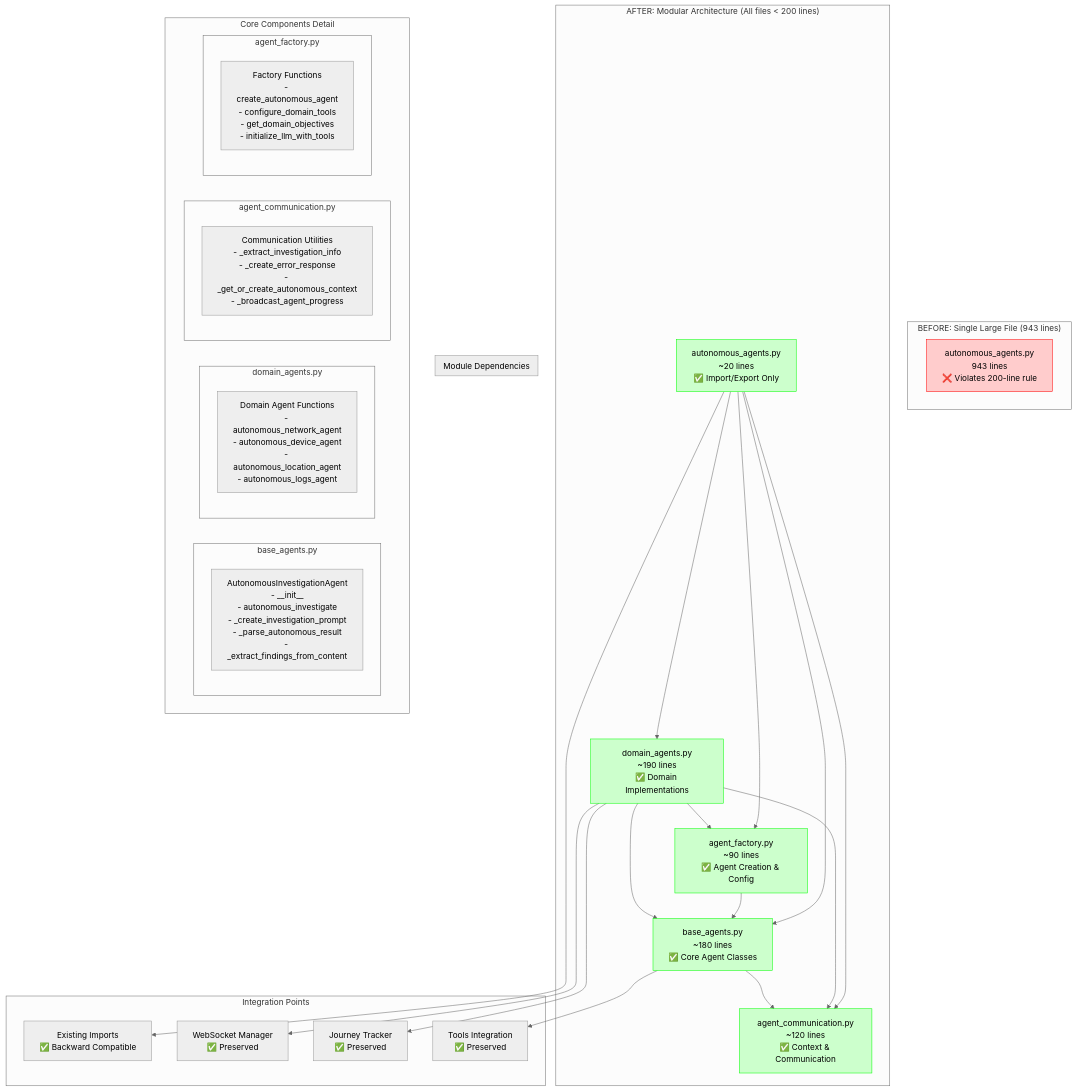
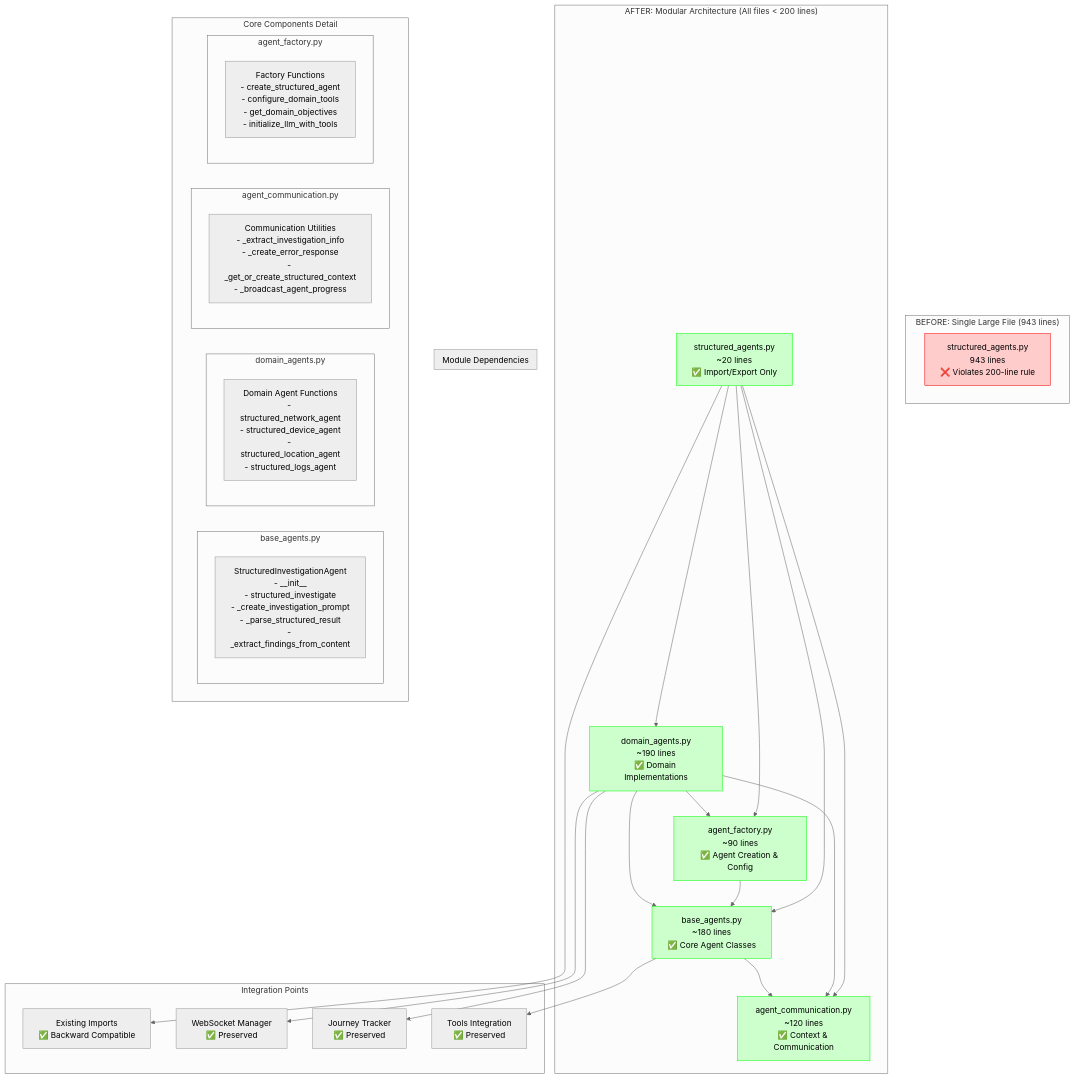
One commit to Olorin-ai-git/Bayit-Plus changed the diagram in olorin-server/docs/diagrams/autonomous-agents-refactoring-architecture.mermaid. Above: the diagram before and after it, drawn with Mermaid (neutral theme). The commit also changed 703 other files, not shown here.

````diff
--- a/olorin-server/docs/diagrams/autonomous-agents-refactoring-architecture.mermaid
+++ b/olorin-server/docs/diagrams/autonomous-agents-refactoring-architecture.mermaid
@@ -1,67 +1,67 @@
 ```mermaid
 graph TB
     subgraph "BEFORE: Single Large File (943 lines)"
-        A[autonomous_agents.py<br/>943 lines<br/>❌ Violates 200-line rule]
+        A[structured_agents.py<br/>943 lines<br/>❌ Violates 200-line rule]
     end
 
     subgraph "AFTER: Modular Architecture (All files < 200 lines)"
-        B[autonomous_agents.py<br/>~20 lines<br/>✅ Import/Export Only]
+        B[structured_agents.py<br/>~20 lines<br/>✅ Import/Export Only]
         
         C[base_agents.py<br/>~180 lines<br/>✅ Core Agent Classes]
         
         D[domain_agents.py<br/>~190 lines<br/>✅ Domain Implementations]
         
         E[agent_communication.py<br/>~120 lines<br/>✅ Context & Communication]
         
         F[agent_factory.py<br/>~90 lines<br/>✅ Agent Creation & Config]
     end
 
     subgraph "Module Dependencies"
         C --> E
         D --> C
         D --> E
         D --> F
         F --> C
         B --> C
         B --> D
         B --> E
         B --> F
     end
 
     subgraph "Core Components Detail"
         subgraph "base_agents.py"
-            C1[AutonomousInvestigationAgent<br/>- __init__<br/>- autonomous_investigate<br/>- _create_investigation_prompt<br/>- _parse_autonomous_result<br/>- _extract_findings_from_content]
+            C1[StructuredInvestigationAgent<br/>- __init__<br/>- structured_investigate<br/>- _create_investigation_prompt<br/>- _parse_structured_result<br/>- _extract_findings_from_content]
         end
         
         subgraph "domain_agents.py"
-            D1[Domain Agent Functions<br/>- autonomous_network_agent<br/>- autonomous_device_agent<br/>- autonomous_location_agent<br/>- autonomous_logs_agent]
+            D1[Domain Agent Functions<br/>- structured_network_agent<br/>- structured_device_agent<br/>- structured_location_agent<br/>- structured_logs_agent]
         end
         
         subgraph "agent_communication.py"
-            E1[Communication Utilities<br/>- _extract_investigation_info<br/>- _create_error_response<br/>- _get_or_create_autonomous_context<br/>- _broadcast_agent_progress]
+            E1[Communication Utilities<br/>- _extract_investigation_info<br/>- _create_error_response<br/>- _get_or_create_structured_context<br/>- _broadcast_agent_progress]
         end
         
         subgraph "agent_factory.py"
-            F1[Factory Functions<br/>- create_autonomous_agent<br/>- configure_domain_tools<br/>- get_domain_objectives<br/>- initialize_llm_with_tools]
+            F1[Factory Functions<br/>- create_structured_agent<br/>- configure_domain_tools<br/>- get_domain_objectives<br/>- initialize_llm_with_tools]
         end
     end
 
     subgraph "Integration Points"
         G[Existing Imports<br/>✅ Backward Compatible]
         H[WebSocket Manager<br/>✅ Preserved]
         I[Journey Tracker<br/>✅ Preserved]
         J[Tools Integration<br/>✅ Preserved]
     end
 
     B --> G
     D --> H
     D --> I
     C --> J
 
     style A fill:#ffcccc,stroke:#ff0000
     style B fill:#ccffcc,stroke:#00ff00
     style C fill:#ccffcc,stroke:#00ff00
     style D fill:#ccffcc,stroke:#00ff00
     style E fill:#ccffcc,stroke:#00ff00
     style F fill:#ccffcc,stroke:#00ff00
 ```
````
